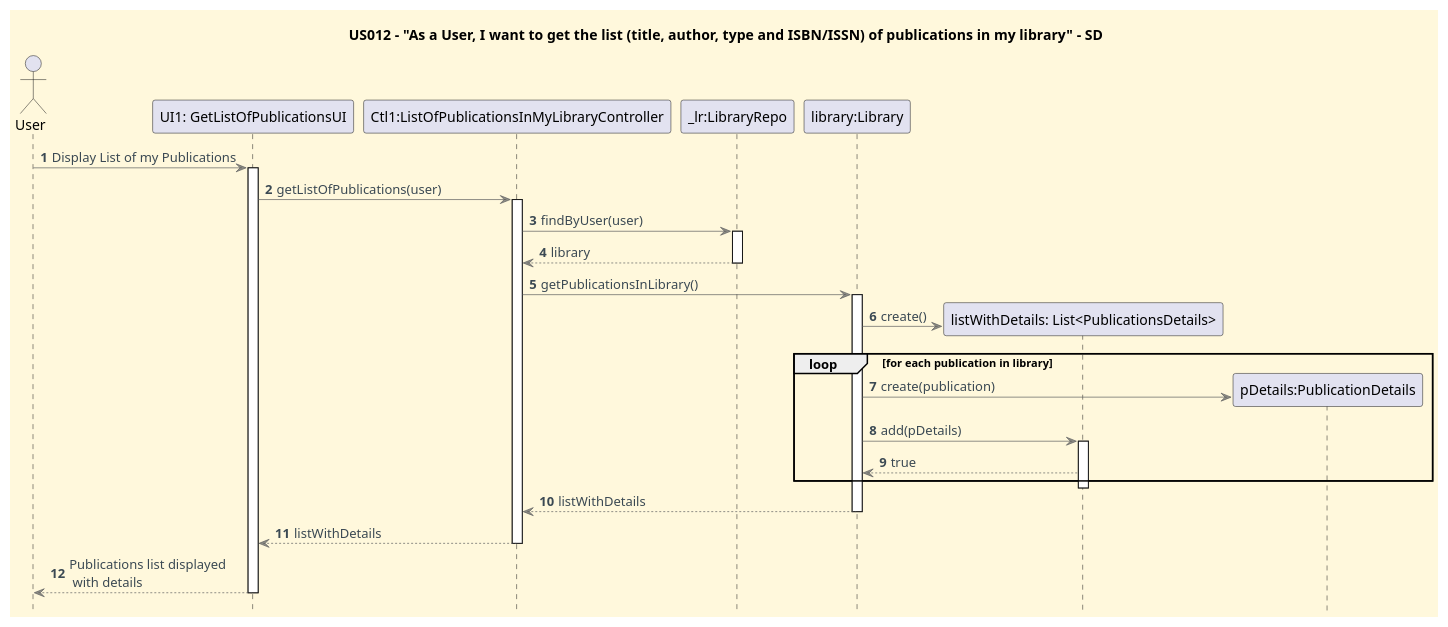
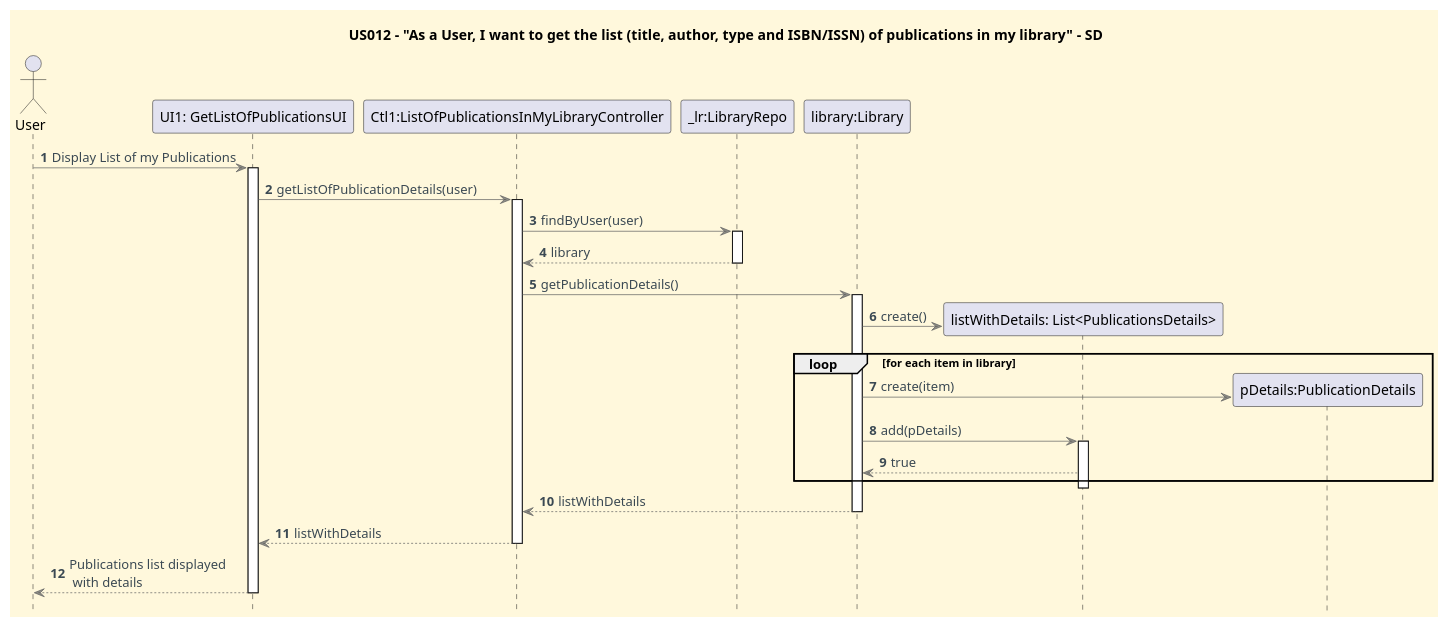
Before and after one commit to CarolinaLeite-collab/JavaMarketplacePlatform: the diagram in docs/userStories/US012/US012_get_list_of_publications_in_my_library_SD.puml, drawn with PlantUML. The commit also changed 1 other file, not shown here.

Commit message:
Refs #338: updates sequence and class diagrams concerning ListOfPublicationsInMyLibraryController

```diff
--- a/docs/userStories/US012/US012_get_list_of_publications_in_my_library_SD.puml
+++ b/docs/userStories/US012/US012_get_list_of_publications_in_my_library_SD.puml
@@ -1,83 +1,83 @@
 @startuml
 '==== basic style ====
 
 'hides unwanted text
 hide stereotype
 
 skinparam monochrome false
 
 skinparam shadowing false
 skinparam defaultFontName Futura
 skinparam objectFontSize 20
 skinparam backgroundColor CornSilk
 skinparam objectBackgroundColor WhiteSmoke
 skinparam noteBackgroundColor #FFFFE0
 skinparam ArrowFontColor #3B4953
 skinparam ArrowColor #57595BAA
 hidefootbox
 
 'undefined objects
 skinparam object {
   BackgroundColor<<highlight>> 91C6BCAA
   BorderColor<<highlight>> 4B9DA9AA
   FontColor<<highlight>> 547792AA
 }
 skinparam shadowing<<highlight>> false
 
 autonumber
 
 title US012 - "As a User, I want to get the list (title, author, type and ISBN/ISSN) of publications in my library" - SD
 
 
 ' --- Actor and participants ---'
 
 actor User
 participant "UI1: GetListOfPublicationsUI" as UI
 participant "Ctl1:ListOfPublicationsInMyLibraryController" as Ctl
 participant "_lr:LibraryRepo" as LibRepo
 participant "library:Library" as Lib
 
 
 
 User -> UI: Display List of my Publications
 activate UI
 
-UI -> Ctl: getListOfPublications(user)
+UI -> Ctl: getListOfPublicationDetails(user)
 activate Ctl
 
 Ctl -> LibRepo: findByUser(user)
 activate LibRepo
 LibRepo --> Ctl: library
 deactivate LibRepo
 
-Ctl -> Lib: getPublicationsInLibrary()
+Ctl -> Lib: getPublicationDetails()
 
 create "listWithDetails: List<PublicationsDetails>" as listOfPubs
 activate Lib
 Lib -> listOfPubs: create()
 
 
 
-loop for each publication in library
+loop for each item in library
 
 create "pDetails:PublicationDetails" as list
-    Lib -> list: create(publication)
+    Lib -> list: create(item)
 
     Lib -> listOfPubs: add(pDetails)
 activate listOfPubs
 listOfPubs --> Lib :true
 end
 
 deactivate listOfPubs
 Lib --> Ctl: listWithDetails
 deactivate Lib
 
 Ctl --> UI: listWithDetails
 deactivate Ctl
 
 UI --> User: Publications list displayed\n with details
 deactivate UI
 
 
 
 @enduml
```
